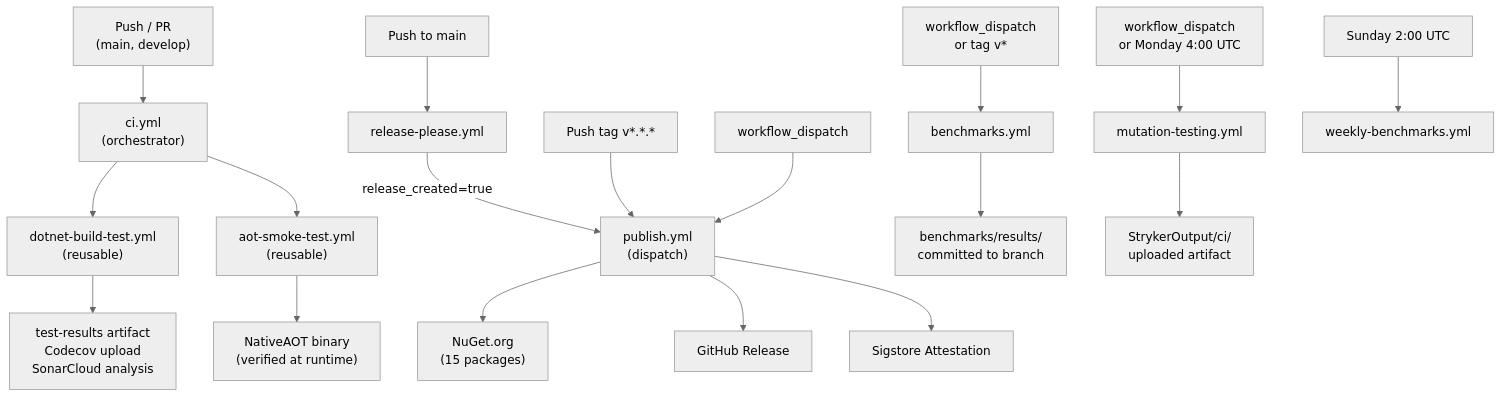
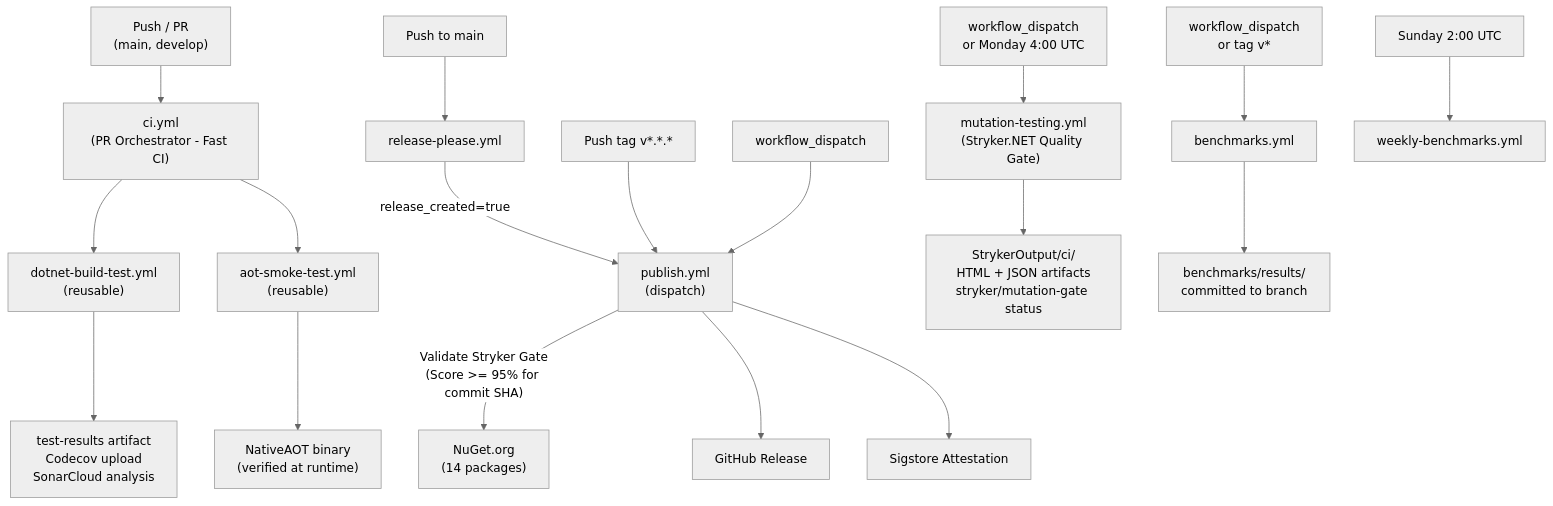
Before and after one commit to ericksonlopezf/dotnet-domain-primitives: the diagram in docs/ci-cd-pipelines.md, drawn with Mermaid (neutral theme). The commit also changed other lines of this file and 646 other files, not shown here.

````diff
--- a/docs/ci-cd-pipelines.md
+++ b/docs/ci-cd-pipelines.md
@@ -11,24 +11,24 @@
 ```mermaid
 flowchart TD
-    PR["Push / PR\n(main, develop)"] --> CI["ci.yml\n(orchestrator)"]
+    PR["Push / PR\n(main, develop)"] --> CI["ci.yml\n(PR Orchestrator - Fast CI)"]
     CI --> BT["dotnet-build-test.yml\n(reusable)"]
     CI --> AOT["aot-smoke-test.yml\n(reusable)"]
 
     MAIN["Push to main"] --> RP["release-please.yml"]
     RP -->|"release_created=true"| PUB["publish.yml\n(dispatch)"]
 
     TAG["Push tag v*.*.*"] --> PUB
 
     DISPATCH_PUB["workflow_dispatch"] --> PUB
-    DISPATCH_MUT["workflow_dispatch\nor Monday 4:00 UTC"] --> MUT["mutation-testing.yml"]
+    DISPATCH_MUT["workflow_dispatch\nor Monday 4:00 UTC"] --> MUT["mutation-testing.yml\n(Stryker.NET Quality Gate)"]
     DISPATCH_BENCH["workflow_dispatch\nor tag v*"] --> BENCH["benchmarks.yml"]
     CRON_WEEK["Sunday 2:00 UTC"] --> WBENCH["weekly-benchmarks.yml"]
 
     BT --> Results["test-results artifact\nCodecov upload\nSonarCloud analysis"]
     AOT --> AOTResult["NativeAOT binary\n(verified at runtime)"]
-    PUB --> NuGet["NuGet.org\n(15 packages)"]
+    MUT --> MutReport["StrykerOutput/ci/\nHTML + JSON artifacts\nstryker/mutation-gate status"]
+    PUB -->|"Validate Stryker Gate\n(Score >= 95% for commit SHA)"| NuGet["NuGet.org\n(14 packages)"]
     PUB --> GHRelease["GitHub Release"]
     PUB --> Attest["Sigstore Attestation"]
     BENCH --> BenchResults["benchmarks/results/\ncommitted to branch"]
-    MUT --> MutReport["StrykerOutput/ci/\nuploaded artifact"]
 ```
````
